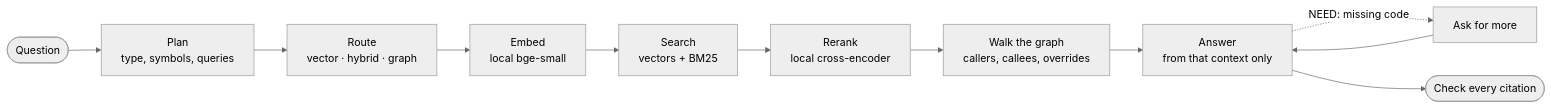
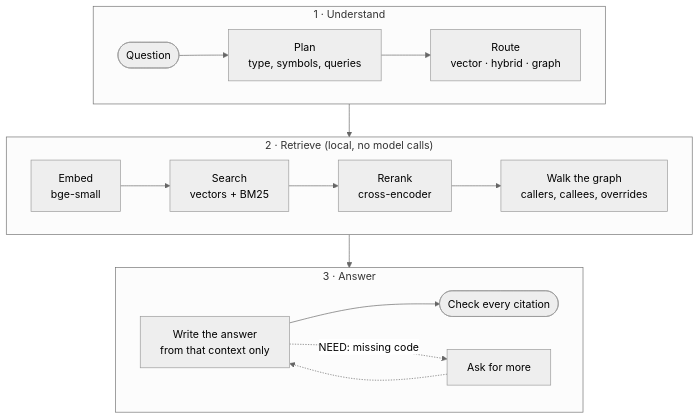
Before and after one commit to CodeBox-commits/CodeBase-RAG: the diagram in README.md, drawn with Mermaid (neutral theme).

Commit message:
docs: question pipeline diagram in three readable rows

````diff
--- a/README.md
+++ b/README.md
@@ -89,13 +89,17 @@
 ```mermaid
-flowchart LR
-    Q([Question]) --> P["Plan<br/>type, symbols, queries"]
-    P --> R["Route<br/>vector · hybrid · graph"]
-    R --> E["Embed<br/>local bge-small"]
-    E --> S["Search<br/>vectors + BM25"]
-    S --> K["Rerank<br/>local cross-encoder"]
-    K --> G["Walk the graph<br/>callers, callees, overrides"]
-    G --> A["Answer<br/>from that context only"]
-    A -.->|"NEED: missing code"| F["Ask for more"]
-    F --> A
-    A --> C(["Check every citation"])
+flowchart TB
+    subgraph understand["1 · Understand"]
+        direction LR
+        Q([Question]) --> P["Plan<br/>type, symbols, queries"] --> R["Route<br/>vector · hybrid · graph"]
+    end
+    subgraph retrieve["2 · Retrieve (local, no model calls)"]
+        direction LR
+        E["Embed<br/>bge-small"] --> S["Search<br/>vectors + BM25"] --> K["Rerank<br/>cross-encoder"] --> G["Walk the graph<br/>callers, callees, overrides"]
+    end
+    subgraph answer["3 · Answer"]
+        direction LR
+        A["Write the answer<br/>from that context only"] --> C(["Check every citation"])
+        A -.->|"NEED: missing code"| F["Ask for more"] -.-> A
+    end
+    understand --> retrieve --> answer
 ```
````
